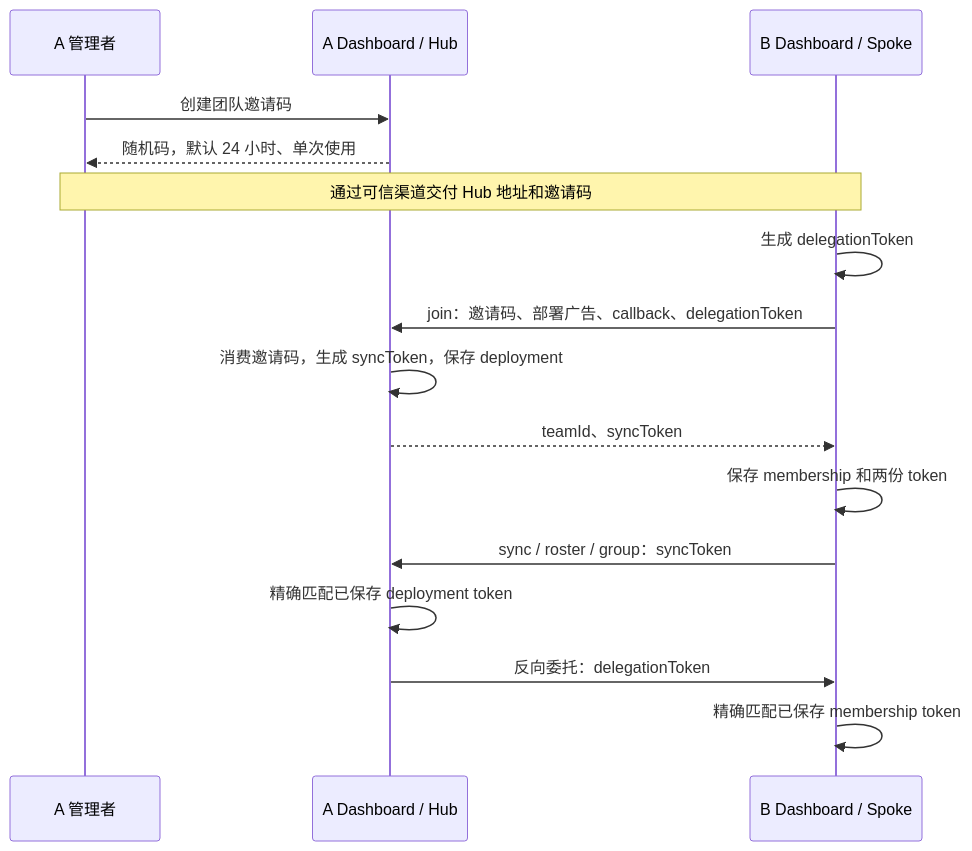
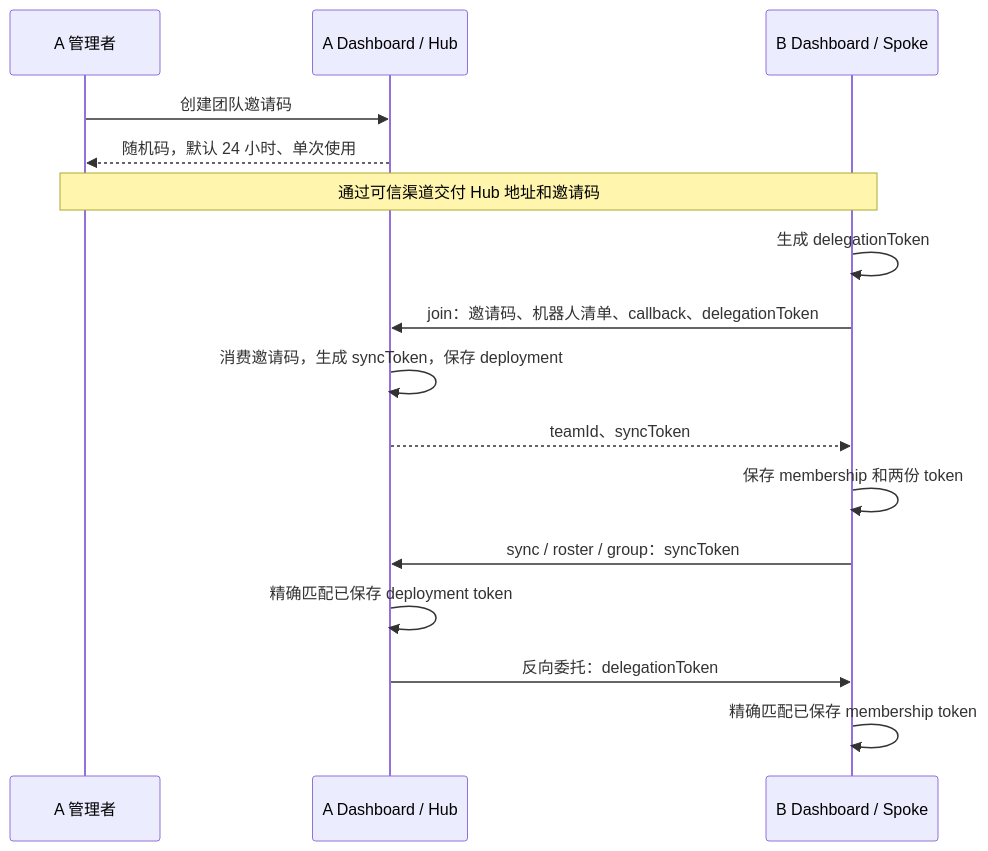
The second of 3 diagrams in wiki/topics/ai/botmux-team-federation.md (PerfectPan/wiki), drawn with Mermaid before and after one commit. The commit also changed other lines of this file and 1 other file, not shown here.

````diff
--- a/wiki/topics/ai/botmux-team-federation.md
+++ b/wiki/topics/ai/botmux-team-federation.md
@@ -108,18 +108,18 @@
 ```mermaid
 sequenceDiagram
   participant U as A 管理者
   participant H as A Dashboard / Hub
   participant S as B Dashboard / Spoke
   U->>H: 创建团队邀请码
   H-->>U: 随机码，默认 24 小时、单次使用
   Note over U,S: 通过可信渠道交付 Hub 地址和邀请码
   S->>S: 生成 delegationToken
-  S->>H: join：邀请码、部署广告、callback、delegationToken
+  S->>H: join：邀请码、机器人清单、callback、delegationToken
   H->>H: 消费邀请码，生成 syncToken，保存 deployment
   H-->>S: teamId、syncToken
   S->>S: 保存 membership 和两份 token
   S->>H: sync / roster / group：syncToken
   H->>H: 精确匹配已保存 deployment token
   H->>S: 反向委托：delegationToken
   S->>S: 精确匹配已保存 membership token
 ```
````
